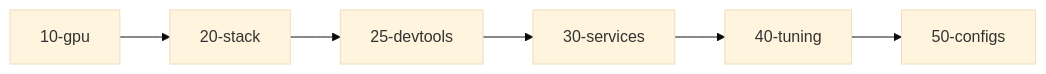
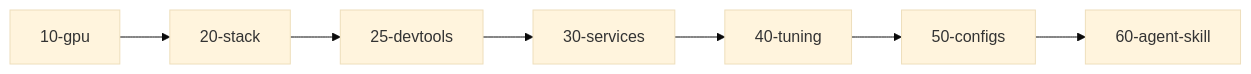
One commit to marcos2872/msbos changed the second of 2 diagrams in docs/arquitetura.en.md. Above: the diagram before and after it, drawn with Mermaid (base theme). The commit also changed other lines of this file and 8 other files, not shown here.

````diff
--- a/docs/arquitetura.en.md
+++ b/docs/arquitetura.en.md
@@ -23,4 +23,4 @@
 ```mermaid
 flowchart LR
-    G[10-gpu] --> S[20-stack] --> D[25-devtools] --> SV[30-services] --> T[40-tuning] --> C[50-configs]
+    G[10-gpu] --> S[20-stack] --> D[25-devtools] --> SV[30-services] --> T[40-tuning] --> C[50-configs] --> A[60-agent-skill]
 ```
````
